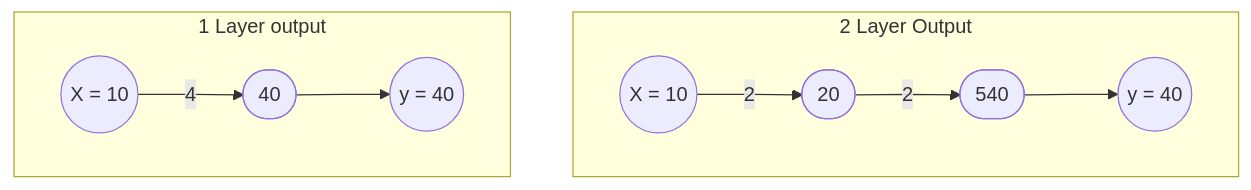
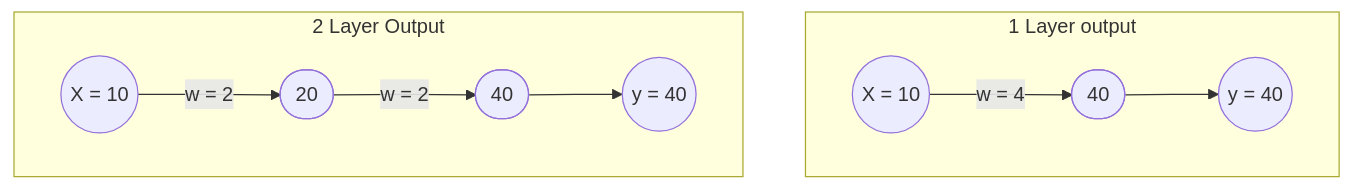
Before and after one commit to andrelohmann/ai-experiments: the fourth of 4 diagrams in notebooks/01_neuron_explanation/README.md, drawn with Mermaid.

Commit message:
unbiased and biased neurons

````diff
--- a/notebooks/01_neuron_explanation/README.md
+++ b/notebooks/01_neuron_explanation/README.md
@@ -97,25 +97,26 @@
 ```mermaid
     %%{ init: { 'flowchart': { 'curve': 'linear' } } }%%
     flowchart TD
-        subgraph 2 Layer Output
-            direction LR
-            X1((X = 10))
-            N1([20])
-            N2([540])
-            O2((y = 40))
-        end
         
         subgraph 1 Layer output
             direction LR
             X2((X = 10))
             N3([40])
             O3((y = 40))
         end
 
-        X1 -- 2 --> N1
-        N1 -- 2 --> N2
+        subgraph 2 Layer Output
+            direction LR
+            X1((X = 10))
+            N1([20])
+            N2([40])
+            O2((y = 40))
+        end
+
+        X2 -- w = 4 --> N3
+        N3 --> O3
+
+        X1 -- w = 2 --> N1
+        N1 -- w = 2 --> N2
         N2 --> O2
-
-        X2 -- 4 --> N3
-        N3 --> O3
 ```
````
